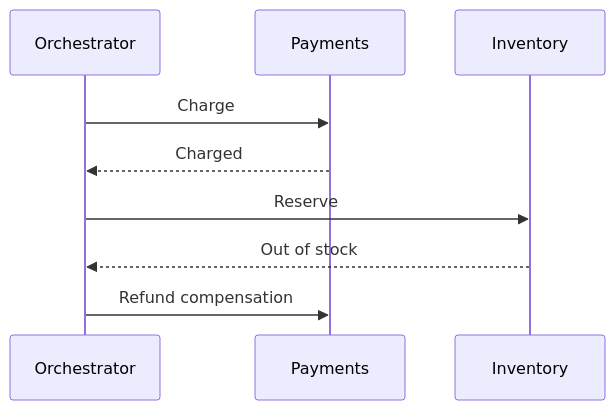
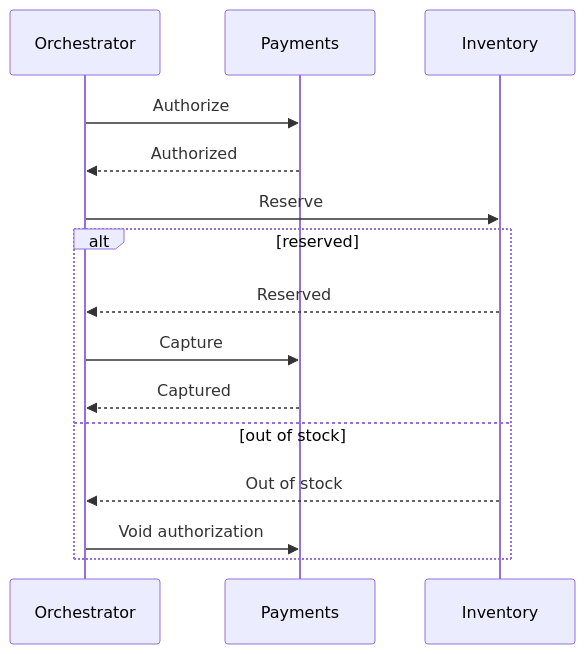
The diagram in enterprise/data/sagas.md (typicalfo/system-design-primer), drawn with Mermaid before and after one commit. The commit also changed other lines of this file and 151 other files, not shown here.

First line of the commit message:
Fix reference-architecture estimates, add citations, rework README landing, catalog tooling and CI

````diff
--- a/enterprise/data/sagas.md
+++ b/enterprise/data/sagas.md
@@ -37,11 +38,17 @@
 ```mermaid
 sequenceDiagram
   participant O as Orchestrator
   participant P as Payments
   participant I as Inventory
-  O->>P: Charge
-  P-->>O: Charged
+  O->>P: Authorize
+  P-->>O: Authorized
   O->>I: Reserve
-  I-->>O: Out of stock
-  O->>P: Refund compensation
+  alt reserved
+    I-->>O: Reserved
+    O->>P: Capture
+    P-->>O: Captured
+  else out of stock
+    I-->>O: Out of stock
+    O->>P: Void authorization
+  end
 ```
````
